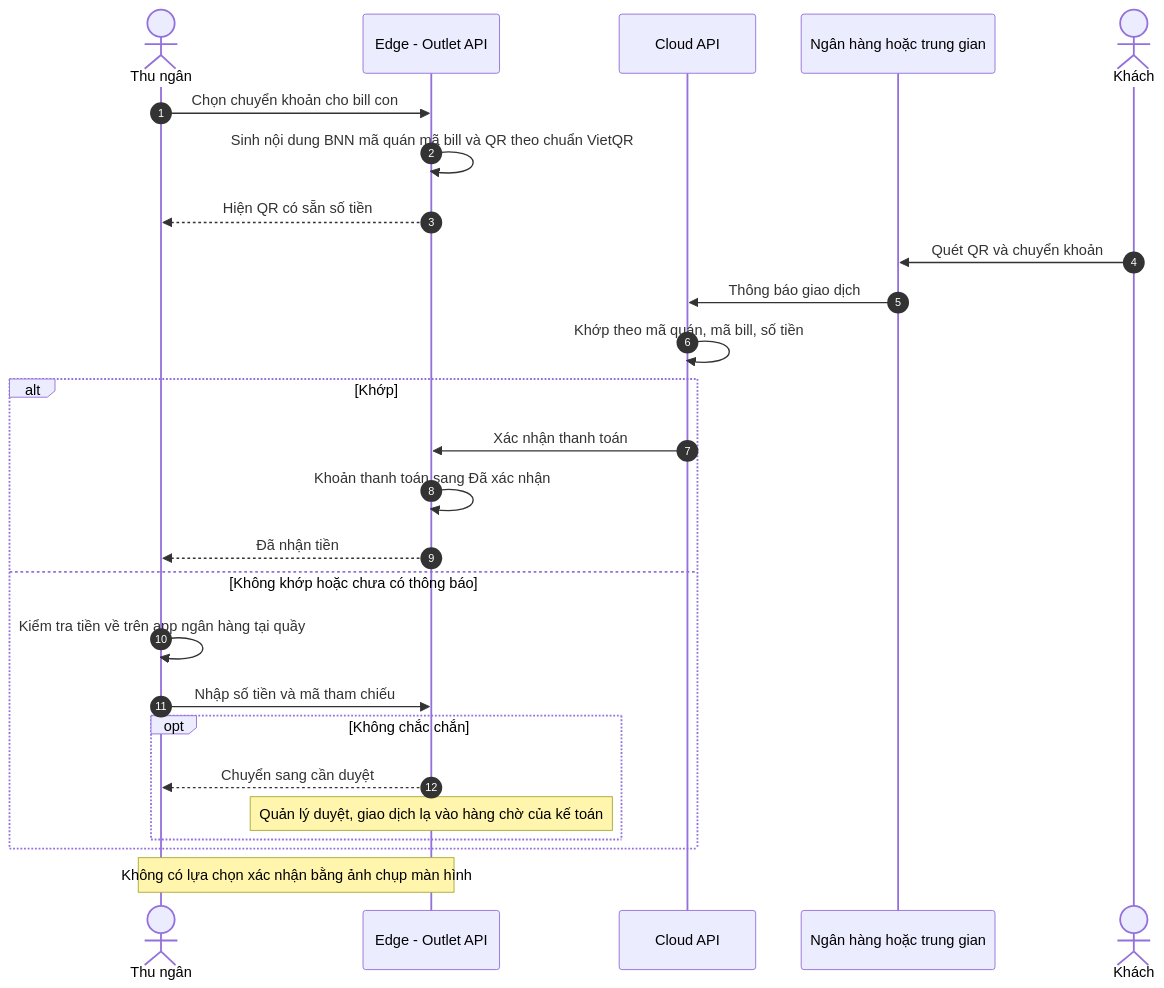
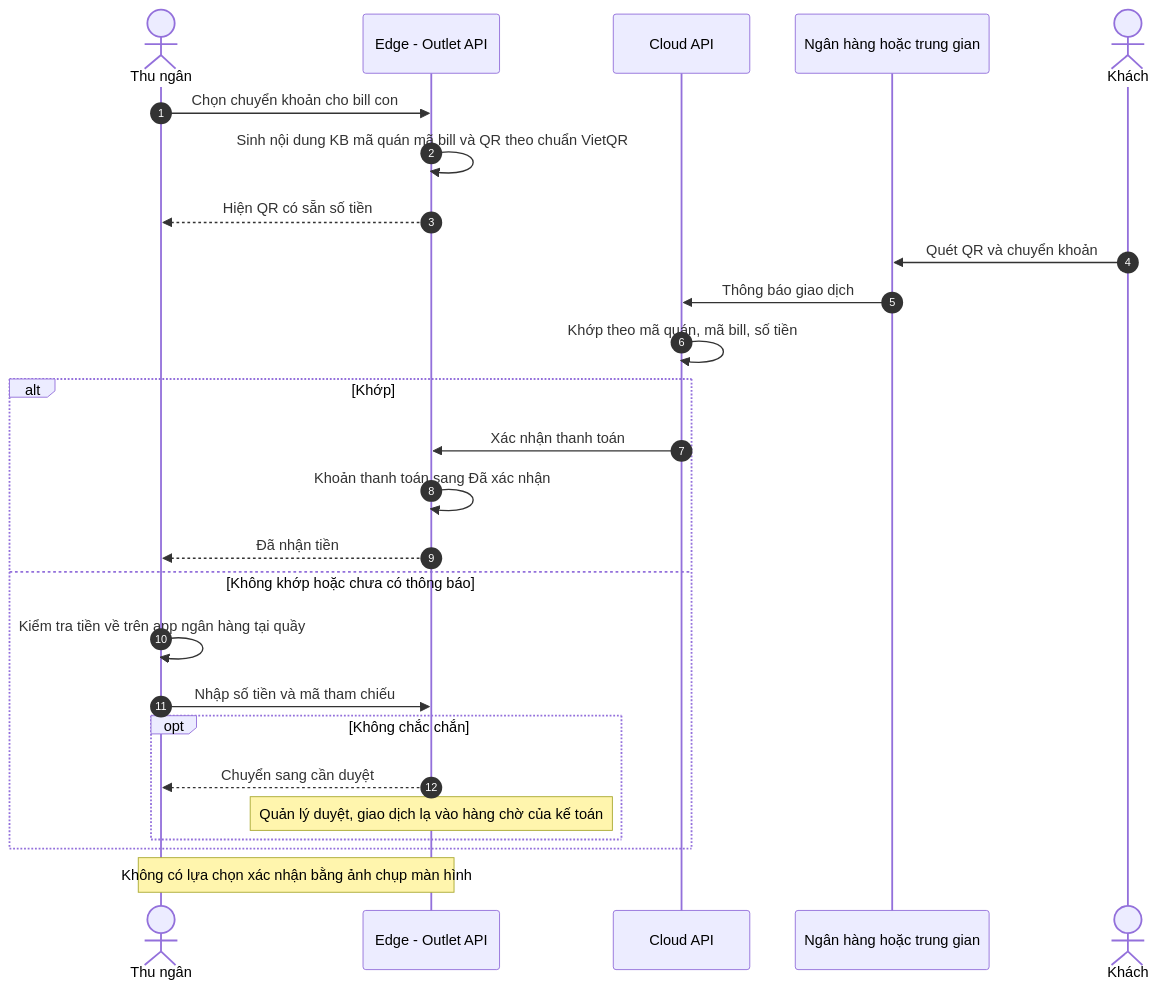
The fourth of 20 diagrams in docs/04-thiet-ke-he-thong/04-tuong-tac-trang-thai.md (Anpham120/restaurant-management-system), drawn with Mermaid before and after one commit. The commit also changed 24 other files, not shown here.

````diff
--- a/docs/04-thiet-ke-he-thong/04-tuong-tac-trang-thai.md
+++ b/docs/04-thiet-ke-he-thong/04-tuong-tac-trang-thai.md
@@ -99,28 +99,28 @@
 ```mermaid
 sequenceDiagram
     autonumber
     actor TN as Thu ngân
     participant E as Edge - Outlet API
     participant C as Cloud API
     participant NH as Ngân hàng hoặc trung gian
     actor KH as Khách
     TN->>E: Chọn chuyển khoản cho bill con
-    E->>E: Sinh nội dung BNN mã quán mã bill và QR theo chuẩn VietQR
+    E->>E: Sinh nội dung KB mã quán mã bill và QR theo chuẩn VietQR
     E-->>TN: Hiện QR có sẵn số tiền
     KH->>NH: Quét QR và chuyển khoản
     NH->>C: Thông báo giao dịch
     C->>C: Khớp theo mã quán, mã bill, số tiền
     alt Khớp
         C->>E: Xác nhận thanh toán
         E->>E: Khoản thanh toán sang Đã xác nhận
         E-->>TN: Đã nhận tiền
     else Không khớp hoặc chưa có thông báo
         TN->>TN: Kiểm tra tiền về trên app ngân hàng tại quầy
         TN->>E: Nhập số tiền và mã tham chiếu
         opt Không chắc chắn
             E-->>TN: Chuyển sang cần duyệt
             Note over E: Quản lý duyệt, giao dịch lạ vào hàng chờ của kế toán
         end
     end
     Note over TN,E: Không có lựa chọn xác nhận bằng ảnh chụp màn hình
 ```
````
